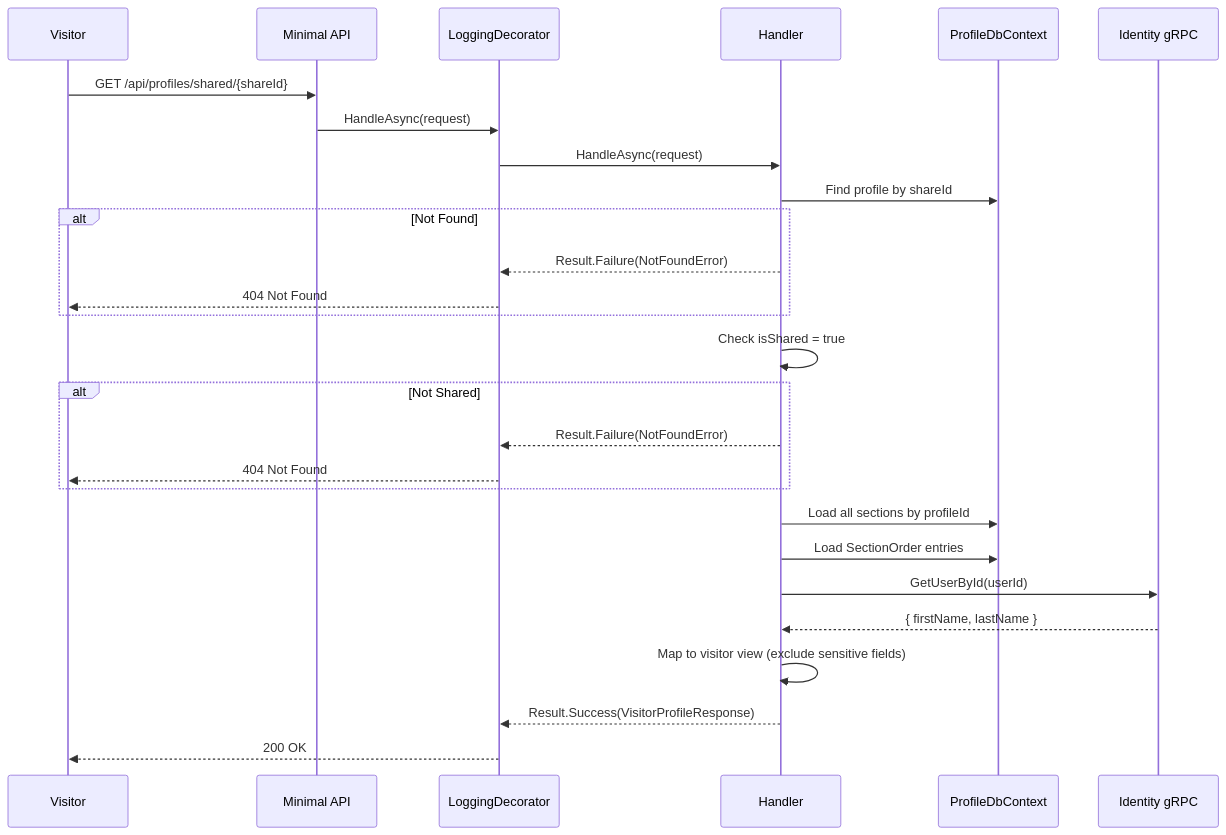
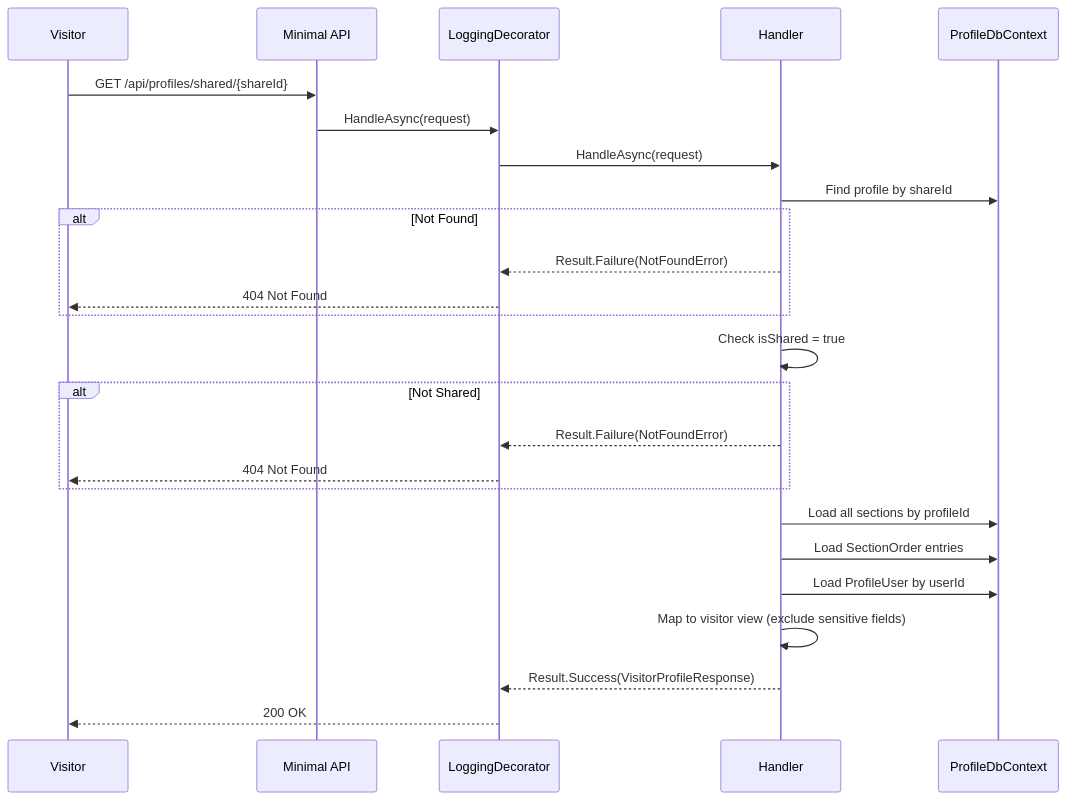
One commit to AbanoubPhelopos/TailorCV changed the second of 3 diagrams in docs/features/profile/get-shared-profile.md. Above: the diagram before and after it, drawn with Mermaid. The commit also changed other lines of this file and 189 other files, not shown here.

````diff
--- a/docs/features/profile/get-shared-profile.md
+++ b/docs/features/profile/get-shared-profile.md
@@ -101,30 +111,28 @@
 ```mermaid
 sequenceDiagram
     participant V as Visitor
     participant API as Minimal API
     participant L as LoggingDecorator
     participant H as Handler
     participant DB as ProfileDbContext
-    participant GRPC as Identity gRPC
 
     V->>API: GET /api/profiles/shared/{shareId}
     API->>L: HandleAsync(request)
     L->>H: HandleAsync(request)
     H->>DB: Find profile by shareId
     alt Not Found
         H-->>L: Result.Failure(NotFoundError)
         L-->>V: 404 Not Found
     end
     H->>H: Check isShared = true
     alt Not Shared
         H-->>L: Result.Failure(NotFoundError)
         L-->>V: 404 Not Found
     end
     H->>DB: Load all sections by profileId
     H->>DB: Load SectionOrder entries
-    H->>GRPC: GetUserById(userId)
-    GRPC-->>H: { firstName, lastName }
+    H->>DB: Load ProfileUser by userId
     H->>H: Map to visitor view (exclude sensitive fields)
     H-->>L: Result.Success(VisitorProfileResponse)
     L-->>V: 200 OK
 ```
````
